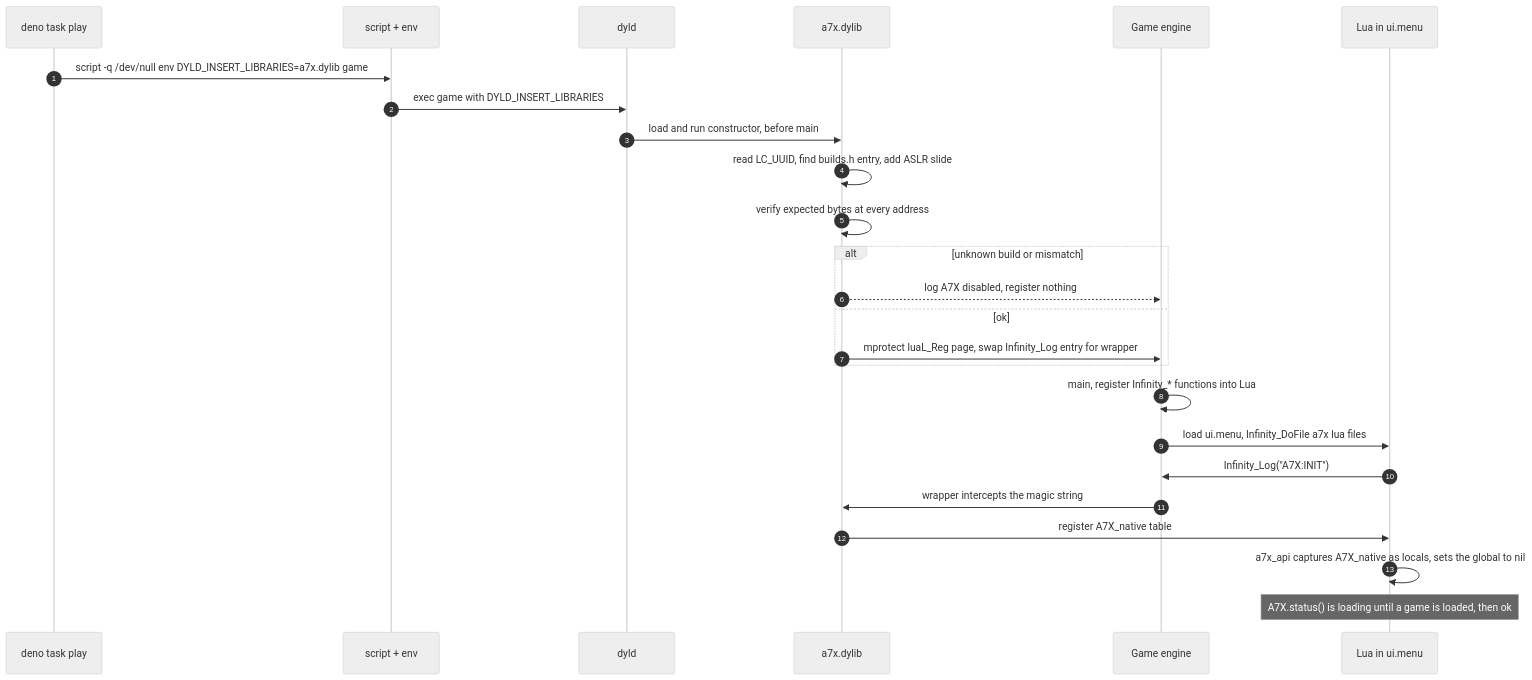
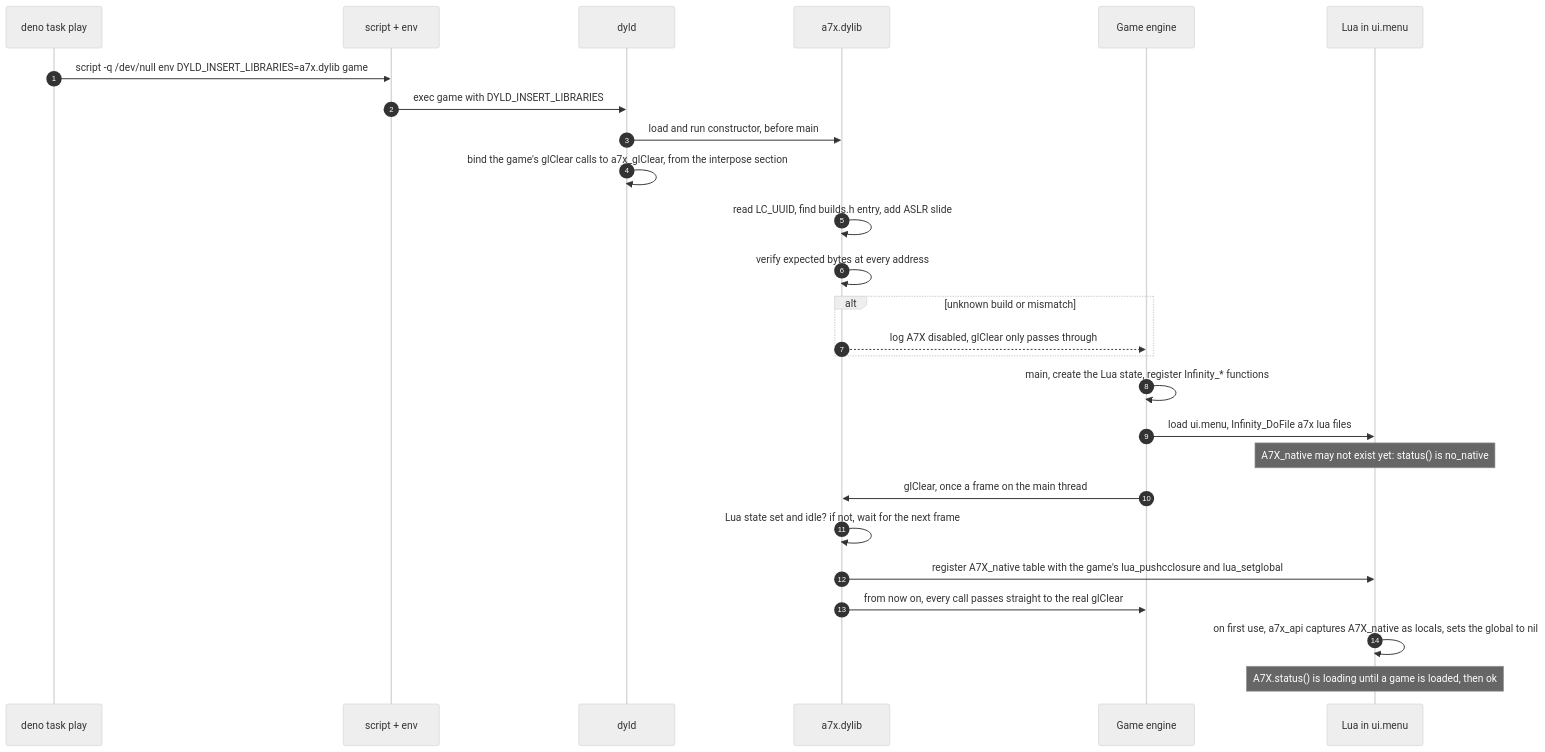
Before and after one commit to kabootit/BG2EE-Inspector: the fourth of 6 diagrams in docs/architecture.md, drawn with Mermaid (neutral theme). The commit also changed other lines of this file and 5 other files, not shown here.

First line of the commit message:
Decide to reach the game's Lua by interposing glClear

````diff
--- a/docs/architecture.md
+++ b/docs/architecture.md
@@ -123,27 +123,28 @@
 ```mermaid
 sequenceDiagram
   autonumber
   participant P as deno task play
   participant S as script + env
   participant DY as dyld
   participant A as a7x.dylib
   participant G as Game engine
   participant L as Lua in ui.menu
   P->>S: script -q /dev/null env DYLD_INSERT_LIBRARIES=a7x.dylib game
   S->>DY: exec game with DYLD_INSERT_LIBRARIES
   DY->>A: load and run constructor, before main
+  DY->>DY: bind the game's glClear calls to a7x_glClear, from the interpose section
   A->>A: read LC_UUID, find builds.h entry, add ASLR slide
   A->>A: verify expected bytes at every address
   alt unknown build or mismatch
-    A-->>G: log A7X disabled, register nothing
-  else ok
-    A->>G: mprotect luaL_Reg page, swap Infinity_Log entry for wrapper
+    A-->>G: log A7X disabled, glClear only passes through
   end
-  G->>G: main, register Infinity_* functions into Lua
+  G->>G: main, create the Lua state, register Infinity_* functions
   G->>L: load ui.menu, Infinity_DoFile a7x lua files
-  L->>G: Infinity_Log("A7X:INIT")
-  G->>A: wrapper intercepts the magic string
-  A->>L: register A7X_native table
-  L->>L: a7x_api captures A7X_native as locals, sets the global to nil
+  Note over L: A7X_native may not exist yet: status() is no_native
+  G->>A: glClear, once a frame on the main thread
+  A->>A: Lua state set and idle? if not, wait for the next frame
+  A->>L: register A7X_native table with the game's lua_pushcclosure and lua_setglobal
+  A->>G: from now on, every call passes straight to the real glClear
+  L->>L: on first use, a7x_api captures A7X_native as locals, sets the global to nil
   Note over L: A7X.status() is loading until a game is loaded, then ok
 ```
````
